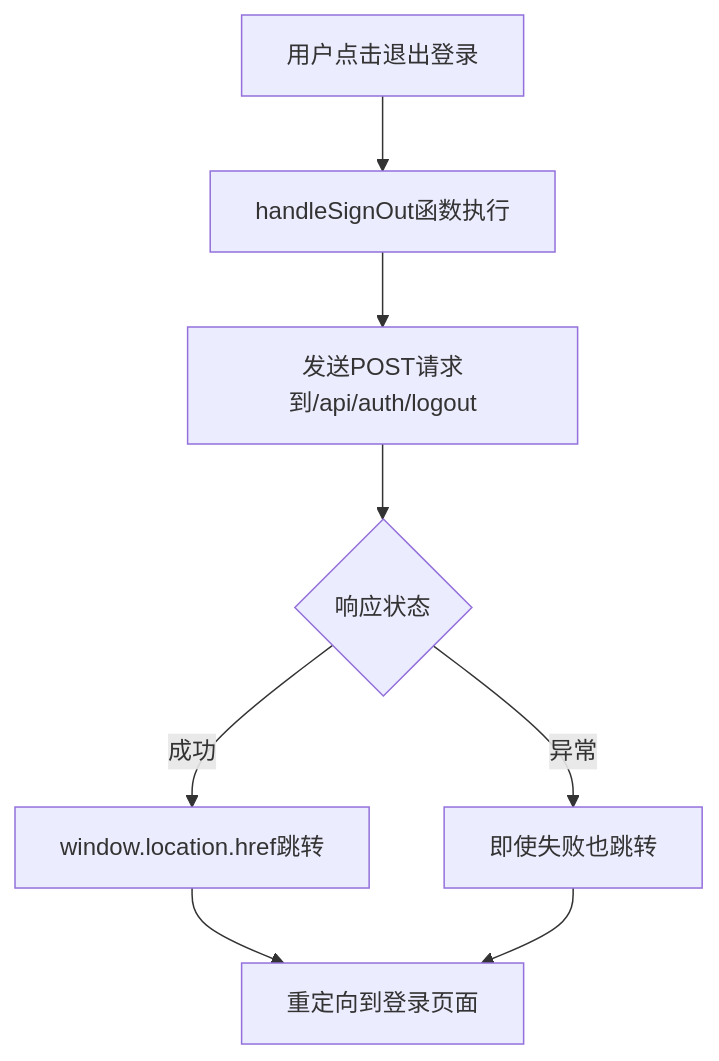
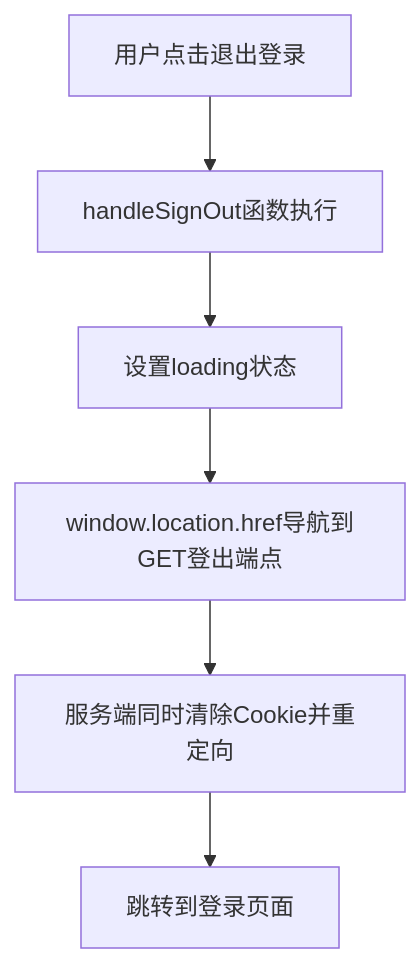
Before and after one commit to three3638-arch/celestia_2b: the eighth of 12 diagrams in .qoder/repowiki/zh/content/前台商店系统/用户个人中心.md, drawn with Mermaid. The commit also changed other lines of this file and 6 other files, not shown here.

````diff
--- a/.qoder/repowiki/zh/content/前台商店系统/用户个人中心.md
+++ b/.qoder/repowiki/zh/content/前台商店系统/用户个人中心.md
@@ -296,10 +316,8 @@
 ```mermaid
 flowchart TD
 A[用户点击退出登录] --> B[handleSignOut函数执行]
-B --> C[发送POST请求到/api/auth/logout]
-C --> D{响应状态}
-D --> |成功| E[window.location.href跳转]
-D --> |异常| F[即使失败也跳转]
-E --> G[重定向到登录页面]
-F --> G
+B --> C[设置loading状态]
+C --> D[window.location.href导航到GET登出端点]
+D --> E[服务端同时清除Cookie并重定向]
+E --> F[跳转到登录页面]
 ```
````
